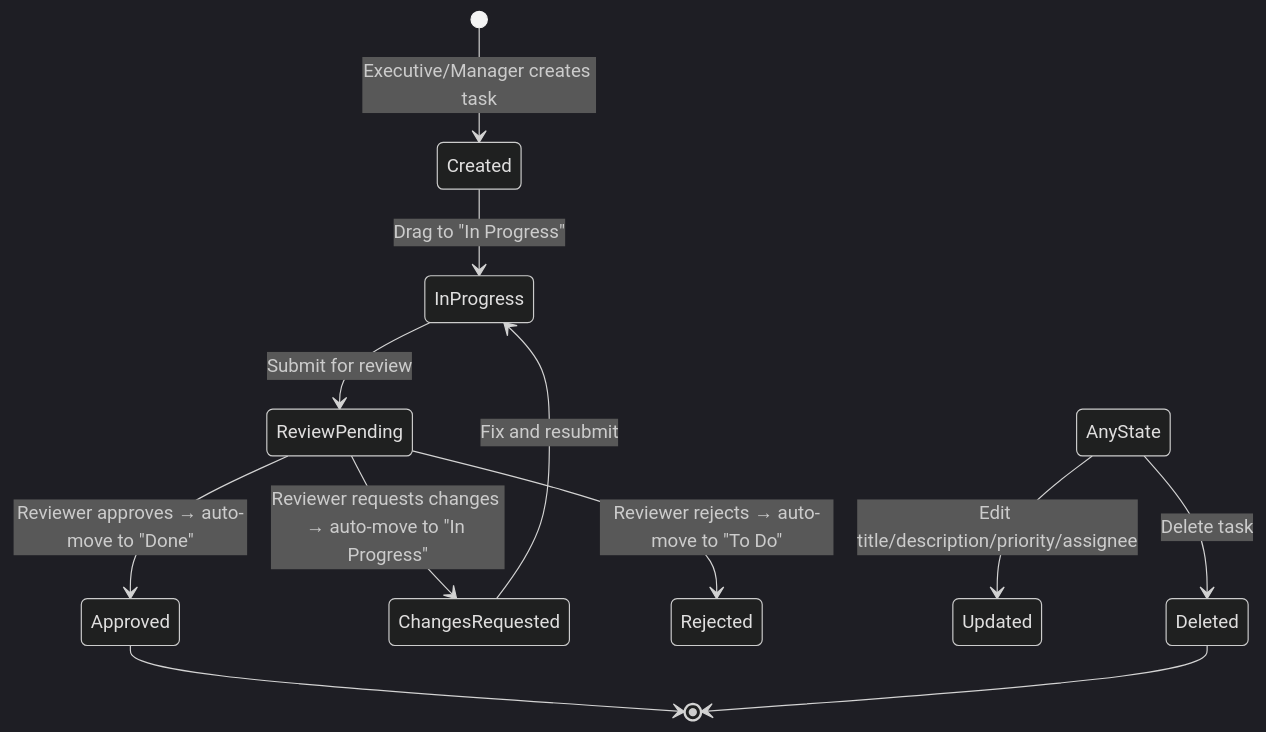
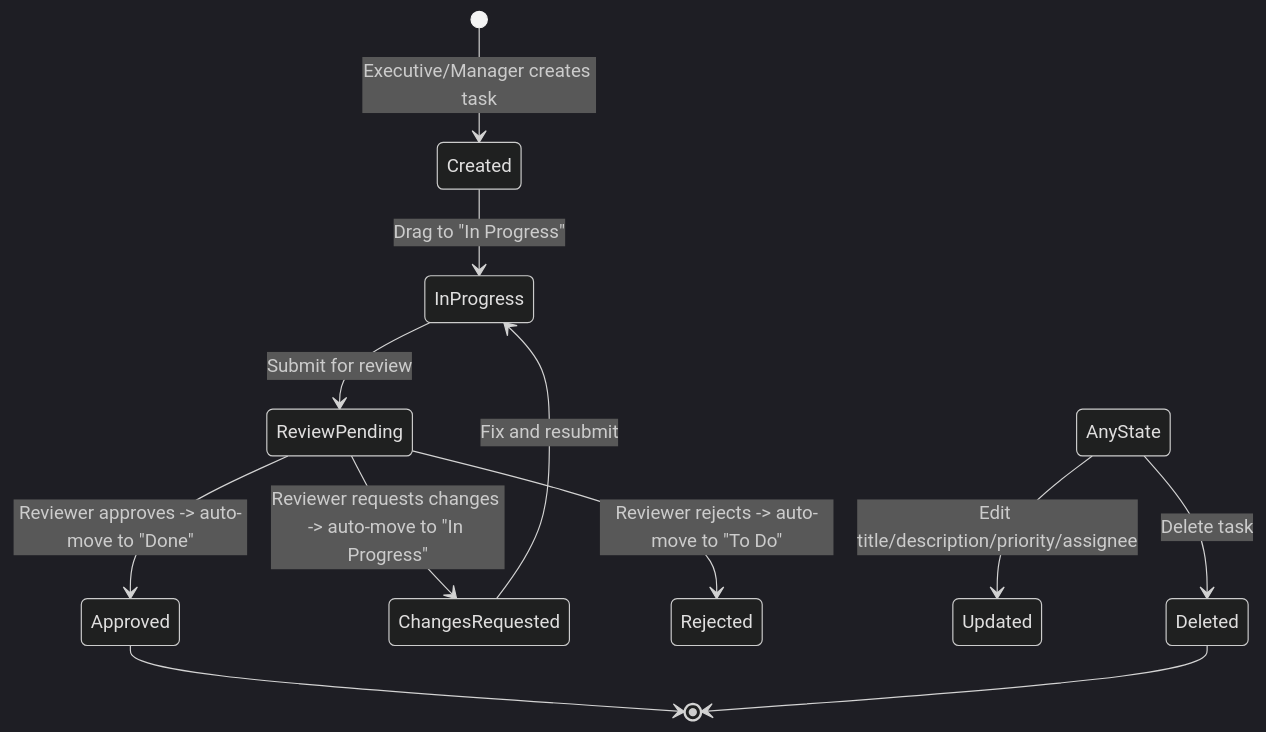
One commit to asefahmed500/Smart-Task-App_IIT_DU_Final_Project changed the first of 10 diagrams in docs/05-task-management.md. Above: the diagram before and after it, drawn with Mermaid (dark theme). The commit also changed other lines of this file and 8 other files, not shown here.

Commit message:
fix: remove br tags from mermaid diagrams for GitHub rendering

````diff
--- a/docs/05-task-management.md
+++ b/docs/05-task-management.md
@@ -29,14 +29,14 @@
 ```mermaid
 stateDiagram-v2
     [*] --> Created: Executive/Manager creates task
     Created --> InProgress: Drag to "In Progress"
     InProgress --> ReviewPending: Submit for review
-    ReviewPending --> Approved: Reviewer approves → auto-move to "Done"
-    ReviewPending --> ChangesRequested: Reviewer requests changes → auto-move to "In Progress"
-    ReviewPending --> Rejected: Reviewer rejects → auto-move to "To Do"
+    ReviewPending --> Approved: Reviewer approves -> auto-move to "Done"
+    ReviewPending --> ChangesRequested: Reviewer requests changes -> auto-move to "In Progress"
+    ReviewPending --> Rejected: Reviewer rejects -> auto-move to "To Do"
     ChangesRequested --> InProgress: Fix and resubmit
     AnyState --> Updated: Edit title/description/priority/assignee
     AnyState --> Deleted: Delete task
     Approved --> [*]
     Deleted --> [*]
 ```
````
